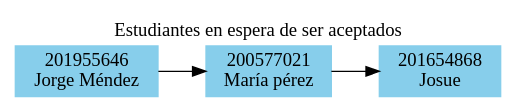
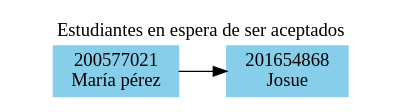
The diagram in EDD_Proyecto1_Fase1/textos/colaPendientes.dot (rubenralda/EDD_1S2023_PY_202111835), drawn with Graphviz before and after one commit. The commit also changed 8 other files, not shown here.

```diff
--- a/EDD_Proyecto1_Fase1/textos/colaPendientes.dot
+++ b/EDD_Proyecto1_Fase1/textos/colaPendientes.dot
@@ -1,11 +1,10 @@
 digraph G{
 
 rankdir=LR; 
  node[shape=rectangle, style=filled, color=skyBlue, fontname="Century Gothic"]; 
  graph [fontname="Century Gothic"]; 
  labelloc="t"; label="Estudiantes en espera de ser aceptados"; 
-0[label="201955646\nJorge Méndez"]
-1[label="200577021\nMaría pérez"]
-2[label="201654868\nJosue"]
-0 -> 1 -> 2
+0[label="200577021\nMaría pérez"]
+1[label="201654868\nJosue"]
+0 -> 1
 }
```
